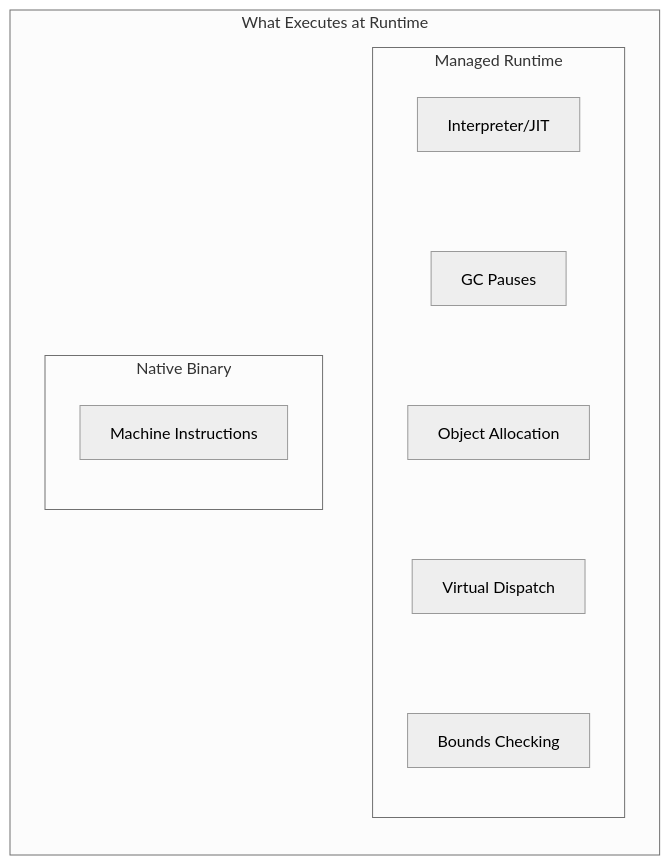
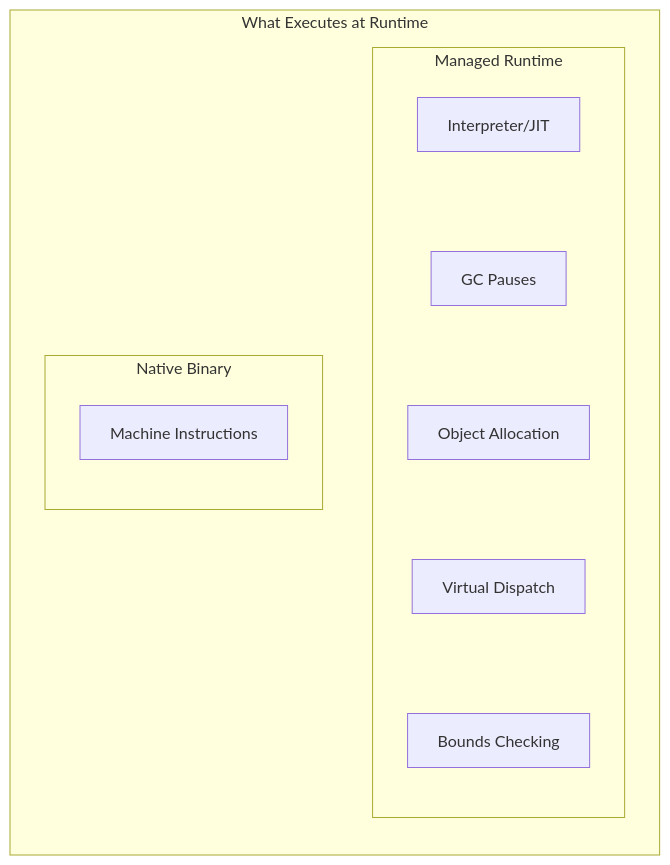
The third of 3 diagrams in hugo/content/blog/xor-a-post-quantum-case-study.md (FidelityFramework/clef-lang-site), drawn with Mermaid before and after one commit.

Commit message:
update mermaid

````diff
--- a/hugo/content/blog/xor-a-post-quantum-case-study.md
+++ b/hugo/content/blog/xor-a-post-quantum-case-study.md
@@ -359,18 +359,17 @@
 ```mermaid
-%%{init: {'theme': 'neutral'}}%%
 flowchart LR
     subgraph RT["What Executes at Runtime"]
         subgraph MANAGED["Managed Runtime"]
             direction TB
             M1[Interpreter/JIT] ~~~ M2[GC Pauses]
             M2 ~~~ M3[Object Allocation]
             M3 ~~~ M4[Virtual Dispatch]
             M4 ~~~ M5[Bounds Checking]
         end
         subgraph NATIVE["Native Binary"]
             direction TB
             N1[Machine Instructions]
         end
     end
 
 ```
````
